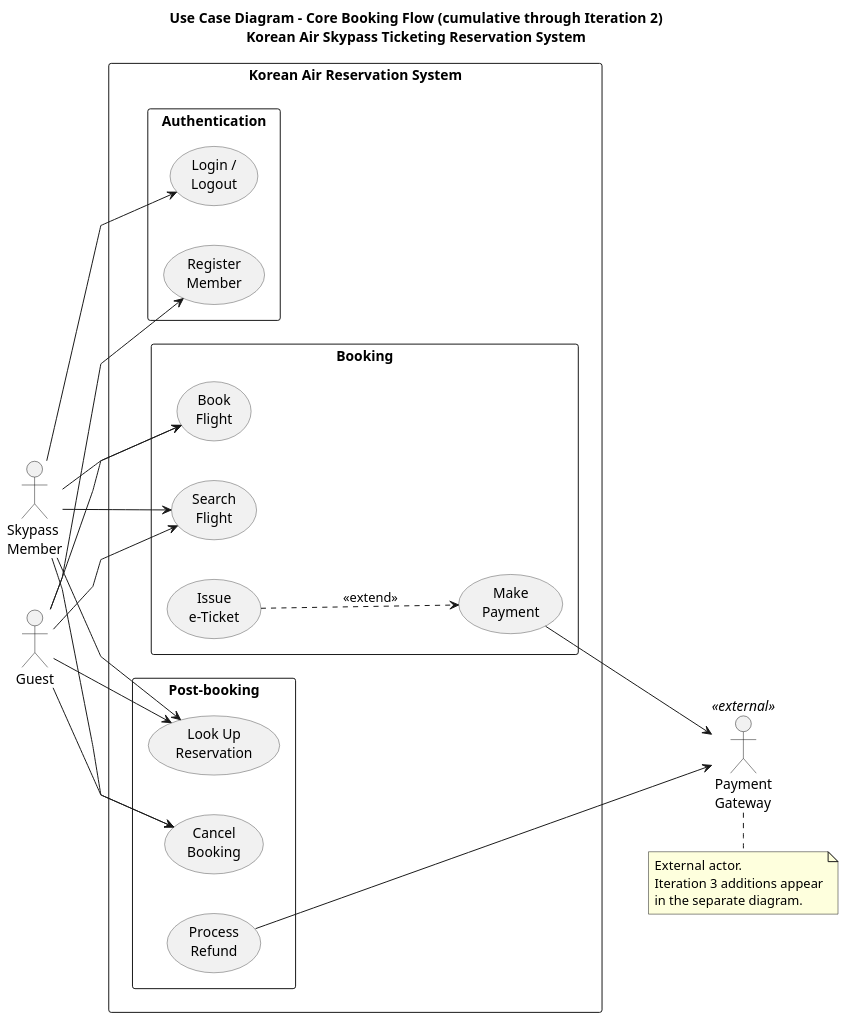
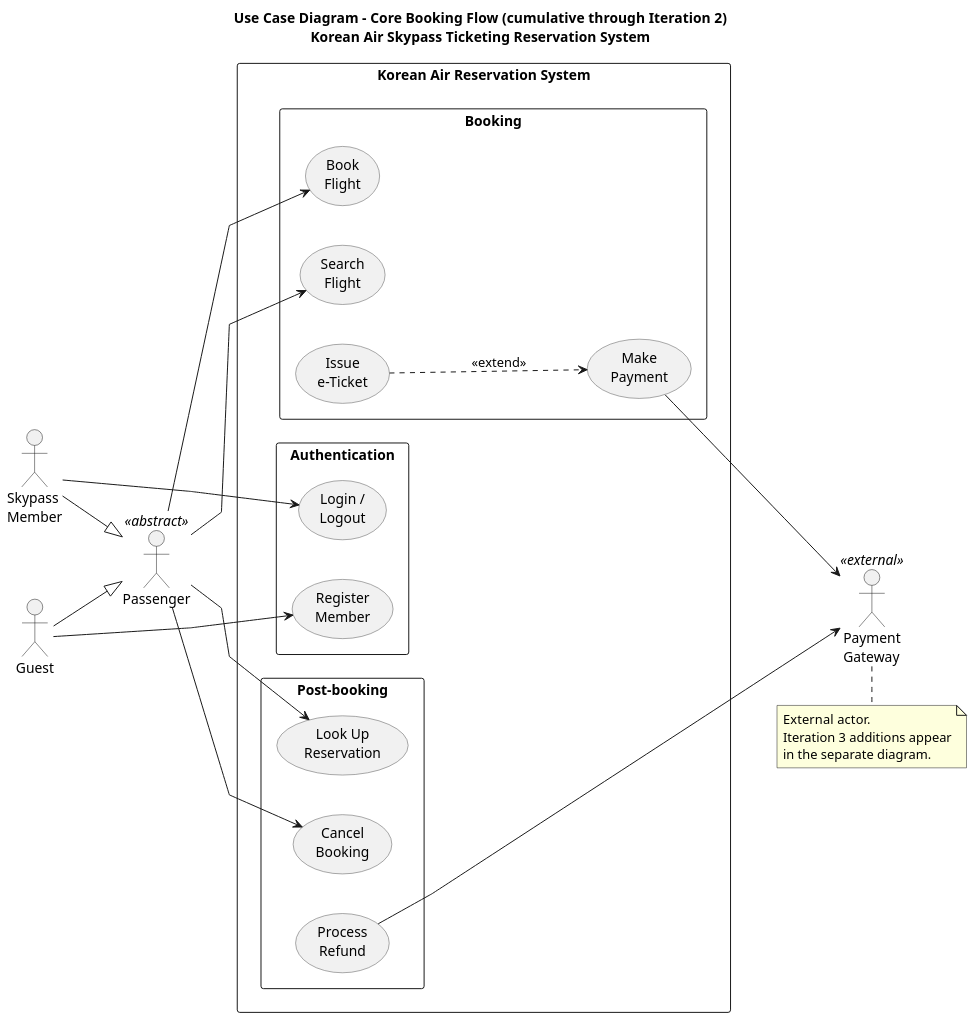
Before and after one commit to gimjungwook/KoreanAirReservationDomain: the diagram in docs/diagrams/iter3-puml/01-usecase-core.puml, drawn with PlantUML. The commit also changed 15 other files, not shown here.

First line of the commit message:
docs(iter3): add textbook vs team pattern comparison diagrams

```diff
--- a/docs/diagrams/iter3-puml/01-usecase-core.puml
+++ b/docs/diagrams/iter3-puml/01-usecase-core.puml
@@ -1,59 +1,59 @@
 @startuml usecase-core
 title Use Case Diagram - Core Booking Flow (cumulative through Iteration 2)\nKorean Air Skypass Ticketing Reservation System
 
 left to right direction
 skinparam linetype polyline
 skinparam ranksep 60
 skinparam nodesep 40
 skinparam packageStyle rectangle
 skinparam shadowing false
 skinparam usecaseBorderColor #555555
 skinparam dpi 130
 
+actor "Passenger" as Passenger <<abstract>>
 actor "Skypass\nMember" as Member
 actor "Guest" as Guest
 actor "Payment\nGateway" as Pay <<external>>
+
+Member --|> Passenger
+Guest --|> Passenger
 
 rectangle "Korean Air Reservation System" {
 
   package "Authentication" {
     usecase "Register\nMember" as UC_Reg
     usecase "Login /\nLogout" as UC_Login
   }
 
   package "Booking" {
     usecase "Search\nFlight" as UC_Search
     usecase "Book\nFlight" as UC_Book
     usecase "Make\nPayment" as UC_Pay
     usecase "Issue\ne-Ticket" as UC_Ticket
   }
 
   package "Post-booking" {
     usecase "Look Up\nReservation" as UC_Lookup
     usecase "Cancel\nBooking" as UC_Cancel
     usecase "Process\nRefund" as UC_Refund
   }
 }
 
 Member --> UC_Login
 Guest --> UC_Reg
-Member --> UC_Search
-Guest --> UC_Search
-Member --> UC_Book
-Guest --> UC_Book
-Member --> UC_Lookup
-Guest --> UC_Lookup
-Member --> UC_Cancel
-Guest --> UC_Cancel
+Passenger --> UC_Search
+Passenger --> UC_Book
+Passenger --> UC_Lookup
+Passenger --> UC_Cancel
 
 UC_Pay --> Pay
 UC_Refund --> Pay
 
 UC_Ticket ..down.> UC_Pay : <<extend>>
 
 note bottom of Pay
   External actor.
   Iteration 3 additions appear
   in the separate diagram.
 end note
 @enduml
```
